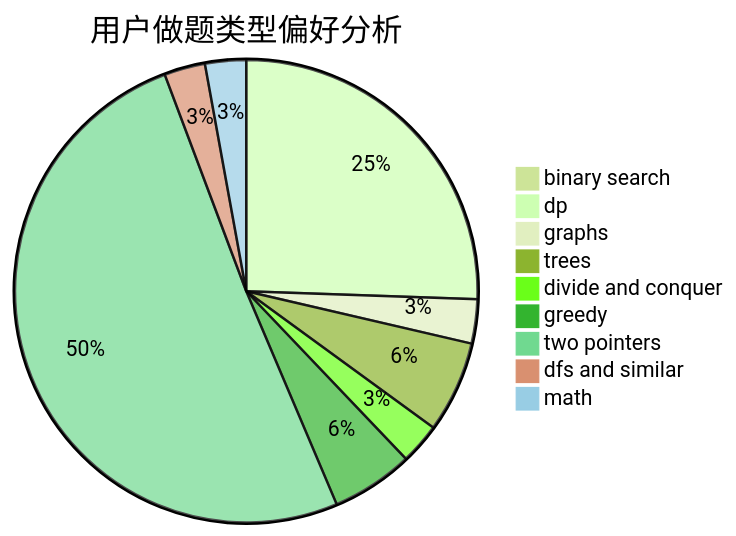
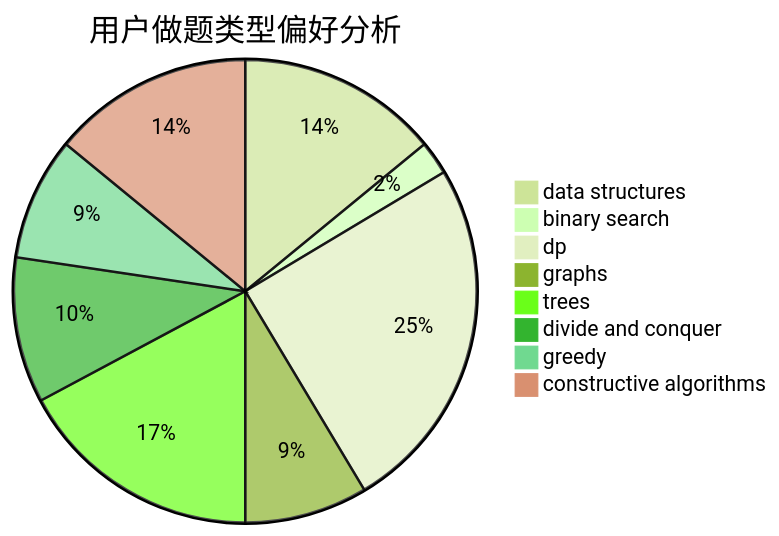
Before and after one commit to sherpahu/cfrs.github.io: the second of 3 diagrams in docs/user/u2739.md, drawn with Mermaid (forest theme). The commit also changed other lines of this file and 2775 other files, not shown here.

````diff
--- a/docs/user/u2739.md
+++ b/docs/user/u2739.md
@@ -23,12 +23,11 @@
 ```mermaid
 pie title 用户做题类型偏好分析
+    "data structures" :  18
     "binary search" :  3
-    "dp" :  116
-    "graphs" :  14
-    "trees" :  29
+    "dp" :  32
+    "graphs" :  11
+    "trees" :  22
     "divide and conquer" :  13
-    "greedy" :  26
-    "two pointers" :  230
-    "dfs and similar" :  13
-    "math" :  13
+    "greedy" :  11
+    "constructive algorithms" :  18
 ```
````
